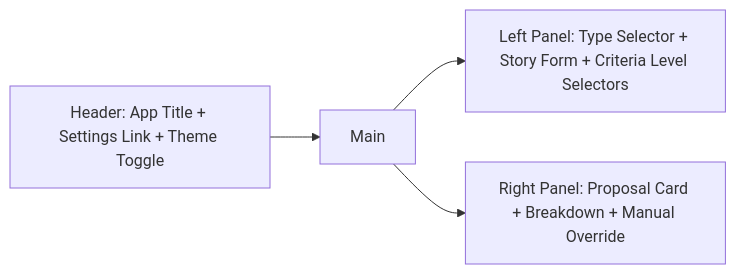
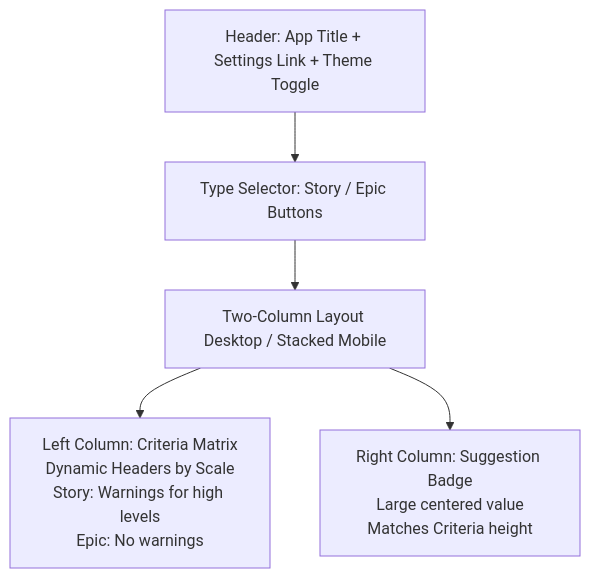
The second of 3 diagrams in plans/architecture.md (DoJo-2025/PlanningPokerTool), drawn with Mermaid before and after one commit. The commit also changed other lines of this file, not shown here.

First line of the commit message:
Docs: Update architecture.md with latest UI changes

````diff
--- a/plans/architecture.md
+++ b/plans/architecture.md
@@ -218,7 +214,8 @@
 ```mermaid
-graph LR
+graph TD
     Header[Header: App Title + Settings Link + Theme Toggle]
-    Header --> Main
-    Main --> Left[Left Panel: Type Selector + Story Form + Criteria Level Selectors]
-    Main --> Right[Right Panel: Proposal Card + Breakdown + Manual Override]
+    Header --> TypeSelect[Type Selector: Story / Epic Buttons]
+    TypeSelect --> Main[Two-Column Layout Desktop / Stacked Mobile]
+    Main --> LeftCol[Left Column: Criteria Matrix<br/>Dynamic Headers by Scale<br/>Story: Warnings for high levels<br/>Epic: No warnings]
+    Main --> RightCol[Right Column: Suggestion Badge<br/>Large centered value<br/>Matches Criteria height]
 ```
````
